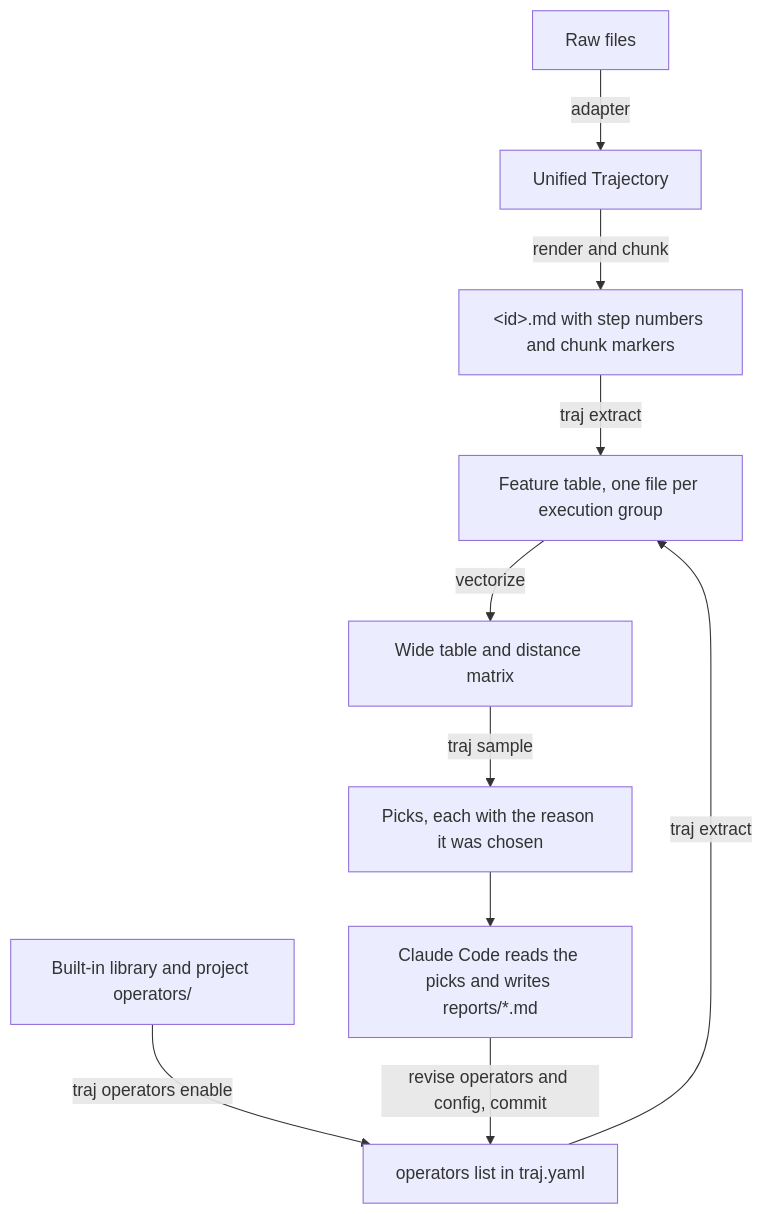
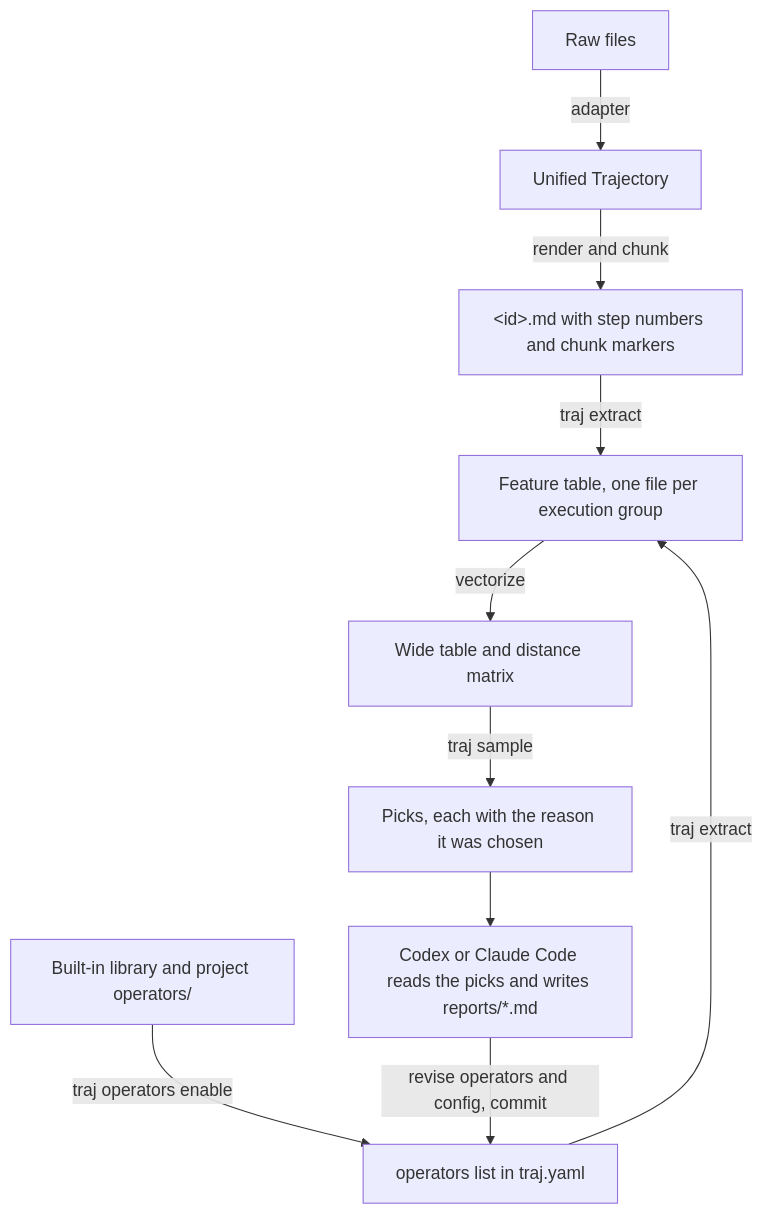
Before and after one commit to Lincyaw/traj-analyzer: the diagram in docs/design.md, drawn with Mermaid. The commit also changed other lines of this file and 7 other files, not shown here.

Commit message:
Share analysis skills between Codex and Claude Code

````diff
--- a/docs/design.md
+++ b/docs/design.md
@@ -13,12 +13,12 @@
 ```mermaid
 flowchart TD
     raw[Raw files] -->|adapter| unified[Unified Trajectory]
     unified -->|render and chunk| md["&lt;id&gt;.md with step numbers and chunk markers"]
     library[Built-in library and project operators/] -->|traj operators enable| config["operators list in traj.yaml"]
     config -->|traj extract| table[Feature table, one file per execution group]
     md -->|traj extract| table
     table -->|vectorize| frame[Wide table and distance matrix]
     frame -->|traj sample| picks[Picks, each with the reason it was chosen]
-    picks --> report["Claude Code reads the picks and writes reports/*.md"]
+    picks --> report["Codex or Claude Code reads the picks and writes reports/*.md"]
     report -->|revise operators and config, commit| config
 ```
````
